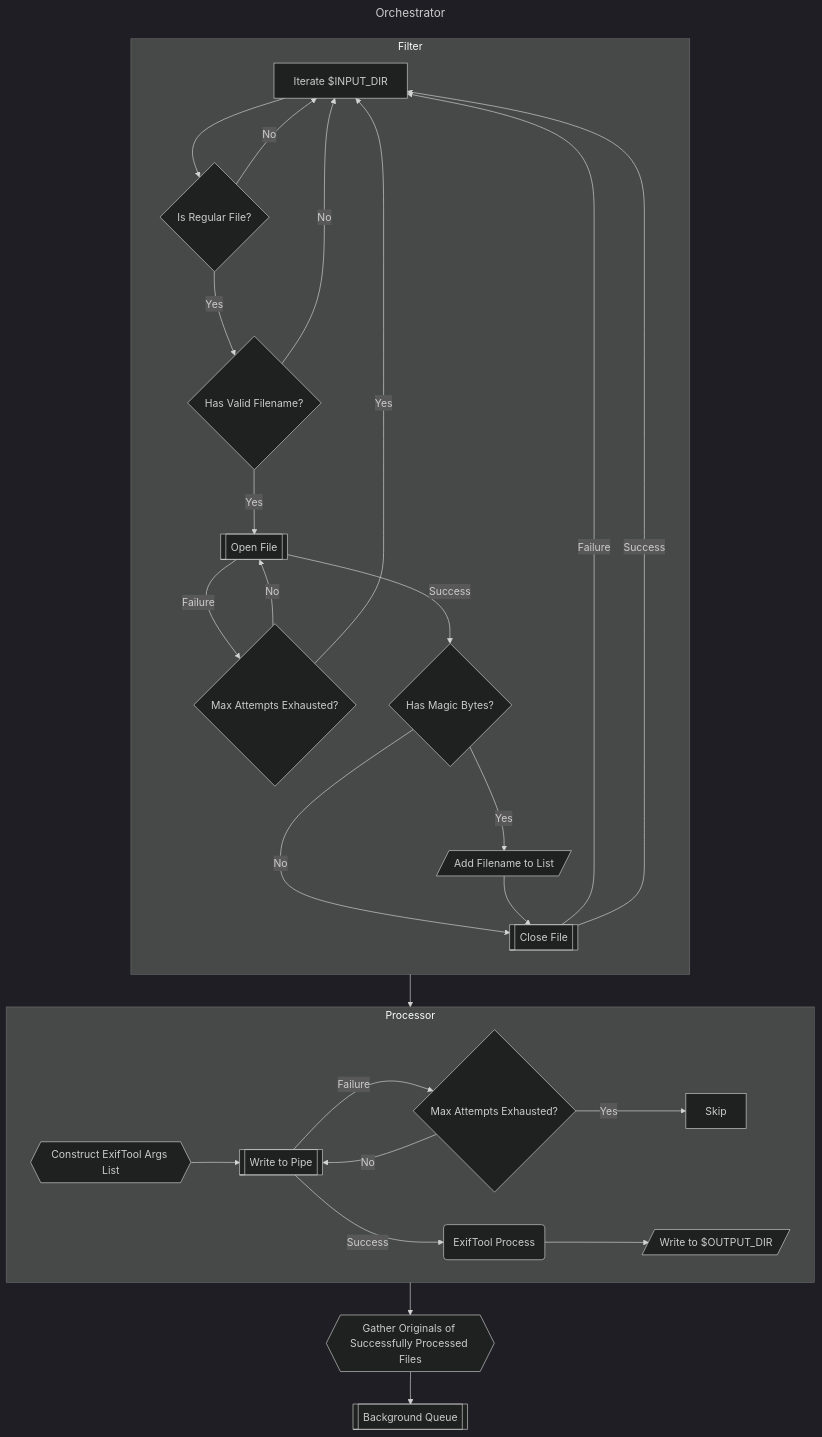
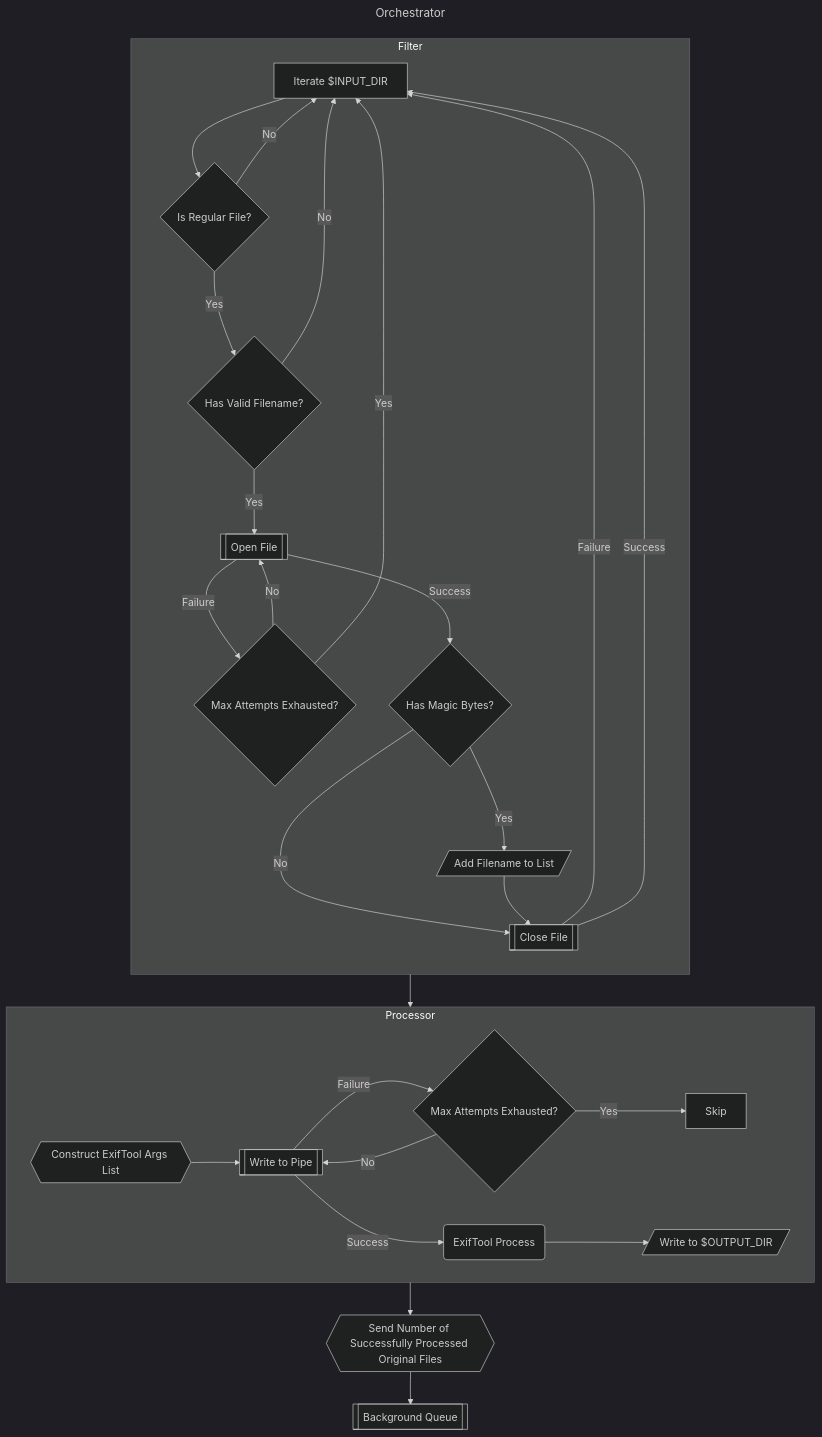
Before and after one commit to CharlesMC11/sst: the diagram in Documentation/flowchart_orchestrator.mmd, drawn with Mermaid (dark theme). The commit also changed 6 other files, not shown here.

```diff
--- a/Documentation/flowchart_orchestrator.mmd
+++ b/Documentation/flowchart_orchestrator.mmd
@@ -1,35 +1,35 @@
 ---
 title: Orchestrator
 ---
 flowchart
   subgraph Filter
     direction TB
     Loop[Iterate $INPUT_DIR] --> File{Is Regular File?}
     File --> |No| Loop
     File --> |Yes| Filename{Has Valid Filename?}
     Filename --> |No| Loop
     Filename --> |Yes| Open[[Open File]]
     Open --> |Failure| Max1{Max Attempts Exhausted?}
     Max1 --> |No| Open
     Max1 --> |Yes| Loop
     Open --> |Success| Magic{Has Magic Bytes?}
     Magic --> |No| Close[[Close File]]
     Close --> |Failure| Loop
     Close --> |Success| Loop
     Magic --> |Yes| Add[/Add Filename to List/]
     Add --> Close[[Close File]]
   end
 
   Filter --> Processor
 
   subgraph Processor
     Args{{Construct ExifTool Args List}} --> Pipe[[Write to Pipe]]
     Pipe --> |Failure| Pipe?{Max Attempts Exhausted?}
     Pipe? --> |No| Pipe
     Pipe? --> |Yes| Skip
     Pipe --> |Success| ExifTool(ExifTool Process)
     ExifTool --> Write[/Write to $OUTPUT_DIR/]
   end
 
-  Processor --> Success{{Gather Originals of Successfully Processed Files}}
+  Processor --> Success{{Send Number of Successfully Processed Original Files}}
   Success --> Async[[Background Queue]]
```
